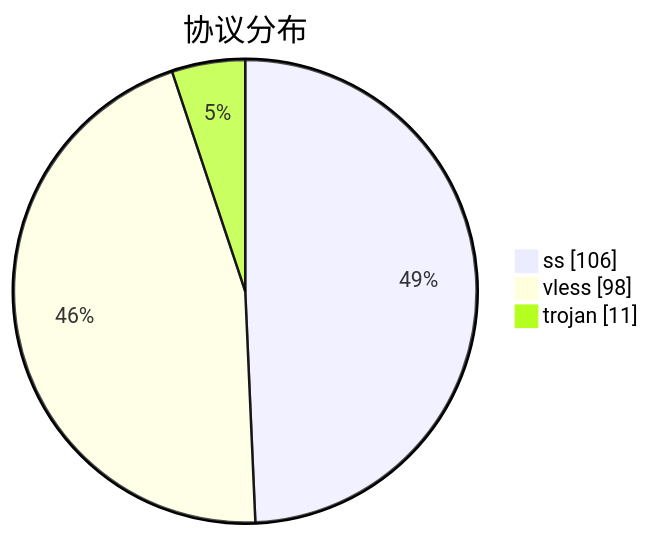
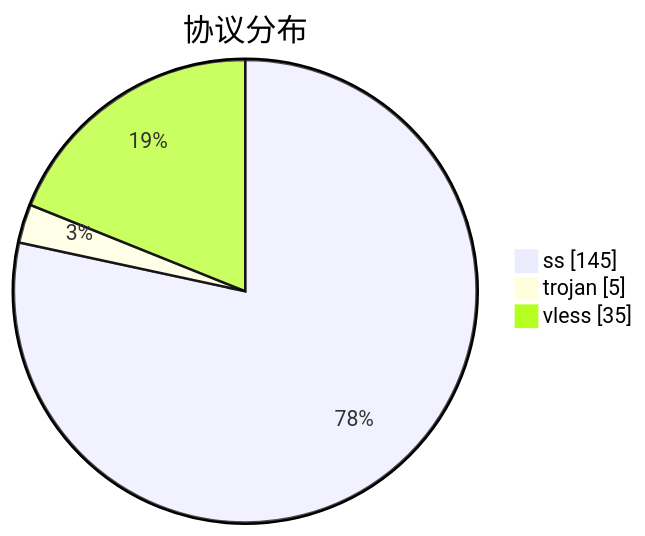
Before and after one commit to qjlxg/airport: the third of 3 diagrams in subs/statistics/tested_within.md, drawn with Mermaid. The commit also changed other lines of this file and 2 other files, not shown here.

````diff
--- a/subs/statistics/tested_within.md
+++ b/subs/statistics/tested_within.md
@@ -29,7 +28,7 @@
 ```mermaid
 pie showData
 title 协议分布
-"ss" : 106
-"vless" : 98
-"trojan" : 11
+"ss" : 145
+"trojan" : 5
+"vless" : 35
 ```
````
